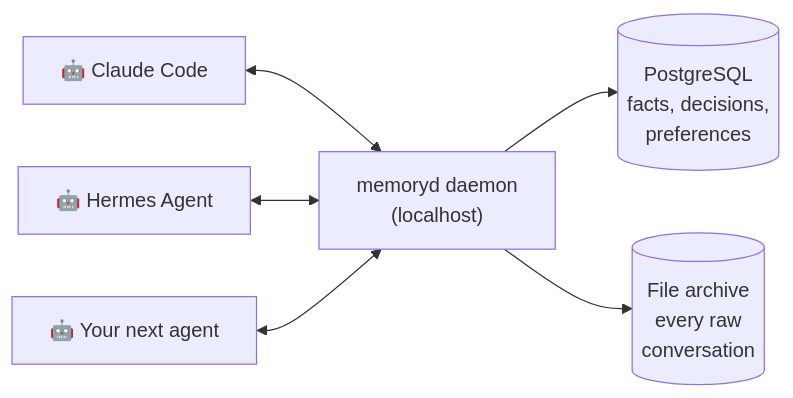
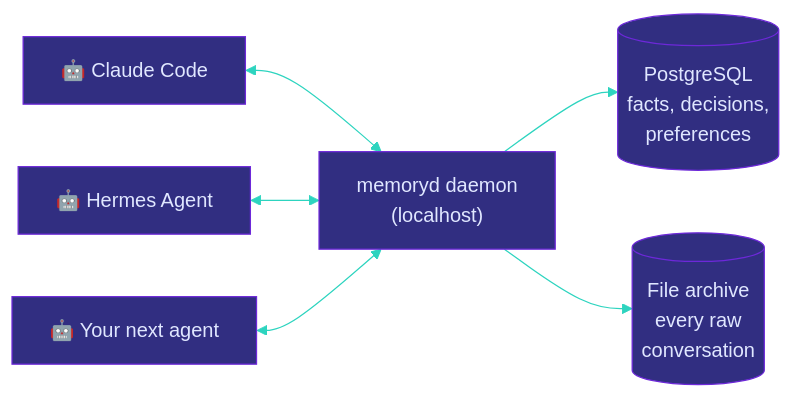
The first of 2 diagrams in README.md (chrisduvillard/memoryd), drawn with Mermaid before and after one commit. The commit also changed other lines of this file and 1 other file, not shown here.

First line of the commit message:
Redesign README: hero banner, badge row, themed diagrams, collapsibles

````diff
--- a/README.md
+++ b/README.md
@@ -9,8 +19,9 @@
 ```mermaid
+%%{init: {'theme':'base','themeVariables':{'primaryColor':'#312e81','primaryTextColor':'#e0e7ff','primaryBorderColor':'#6d28d9','lineColor':'#2dd4bf','fontFamily':'ui-sans-serif, system-ui, sans-serif'}}}%%
 flowchart LR
     A["🤖 Claude Code"] <--> D
     B["🤖 Hermes Agent"] <--> D
     C["🤖 Your next agent"] <--> D
     D["memoryd daemon<br/>(localhost)"] --> P[("PostgreSQL<br/>facts, decisions,<br/>preferences")]
     D --> F[("File archive<br/>every raw<br/>conversation")]
 ```
````
